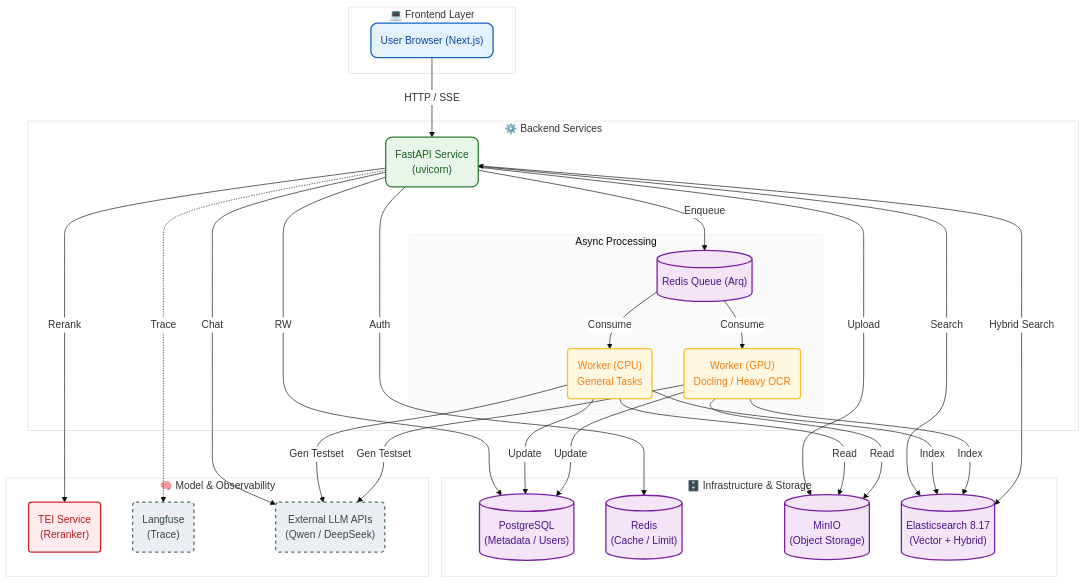
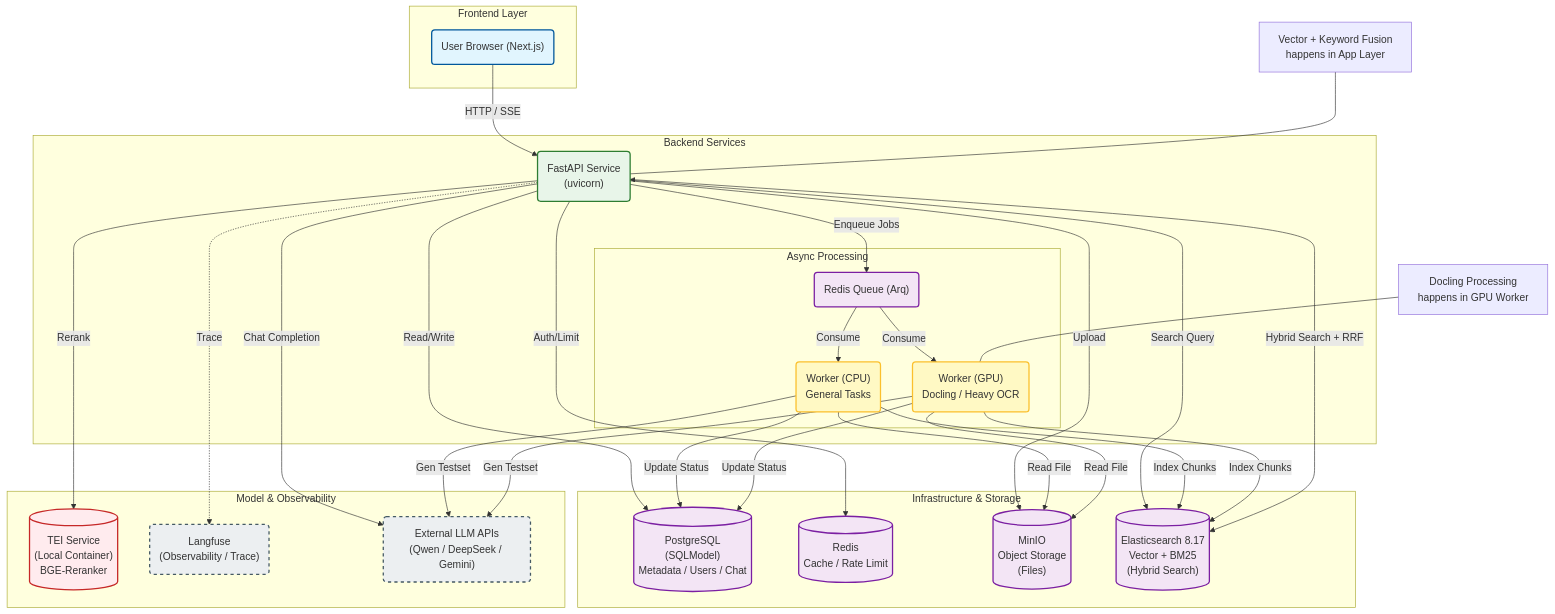
Before and after one commit to pswd123456/rag-practice: the first of 3 diagrams in README.md, drawn with Mermaid. The commit also changed other lines of this file and 10 other files, not shown here.

````diff
--- a/README.md
+++ b/README.md
@@ -110,68 +112,70 @@
 ```mermaid
-%%{init: {'theme': 'base', 'themeVariables': { 'primaryColor': '#ffcc00', 'edgeLabelBackground':'#ffffff', 'tertiaryColor': '#f4f4f4', 'fontFamily': 'Inter, sans-serif'}}}%%
-flowchart TD
-    %% 样式定义
-    classDef client fill:#E3F2FD,stroke:#1565C0,stroke-width:2px,color:#0D47A1,rx:10,ry:10;
-    classDef api fill:#E8F5E9,stroke:#2E7D32,stroke-width:2px,color:#1B5E20,rx:10,ry:10;
-    classDef worker fill:#FFF8E1,stroke:#FBC02D,stroke-width:2px,color:#F57F17,rx:5,ry:5;
-    classDef db fill:#F3E5F5,stroke:#7B1FA2,stroke-width:2px,color:#4A148C;
-    classDef model fill:#FFEBEE,stroke:#C62828,stroke-width:2px,color:#B71C1C,rx:5,ry:5;
-    classDef ext fill:#ECEFF1,stroke:#546E7A,stroke-width:2px,stroke-dasharray: 5 5,color:#37474F;
+graph TD
+    %% Define Styles
+    classDef client fill:#e1f5fe,stroke:#01579b,stroke-width:2px;
+    classDef api fill:#e8f5e9,stroke:#2e7d32,stroke-width:2px;
+    classDef worker fill:#fff9c4,stroke:#fbc02d,stroke-width:2px;
+    classDef data fill:#f3e5f5,stroke:#7b1fa2,stroke-width:2px;
+    classDef model fill:#ffebee,stroke:#c62828,stroke-width:2px;
+    classDef ext fill:#eceff1,stroke:#455a64,stroke-width:2px,stroke-dasharray: 5 5;
 
-    %% Client Layer
-    subgraph Client_Layer [💻 Frontend Layer]
-        style Client_Layer fill:#fff,stroke:#ddd,color:#333
-        Browser("User Browser (Next.js)"):::client
-    end
+    %% Client Layer
+    subgraph Client_Layer [Frontend Layer]
+        Browser("User Browser (Next.js)"):::client
+    end
 
-    %% Backend Layer
-    subgraph Backend_Layer [⚙️ Backend Services]
-        style Backend_Layer fill:#fff,stroke:#ddd,color:#333
-        API("FastAPI Service<br/>(uvicorn)"):::api
-        
-        subgraph Async_Task_Queue [Async Processing]
-            style Async_Task_Queue fill:#fafafa,stroke:#eee
-            RedisQueue[("Redis Queue (Arq)")]:::db
-            WorkerCPU("Worker (CPU)<br/>General Tasks"):::worker
-            WorkerGPU("Worker (GPU)<br/>Docling / Heavy OCR"):::worker
-        end
-    end
+    %% Backend Layer
+    subgraph Backend_Layer [Backend Services]
+        API("FastAPI Service<br/>(uvicorn)"):::api
+        
+        subgraph Async_Task_Queue [Async Processing]
+            RedisQueue("Redis Queue (Arq)"):::data
+            WorkerCPU("Worker (CPU)<br/>General Tasks"):::worker
+            WorkerGPU("Worker (GPU)<br/>Docling / Heavy OCR"):::worker
+        end
+    end
 
-    %% Data Layer
-    subgraph Data_Layer [🗄️ Infrastructure & Storage]
-        style Data_Layer fill:#fff,stroke:#ddd,color:#333
-        Postgres[("PostgreSQL<br/>(Metadata / Users)")]:::db
-        RedisCache[("Redis<br/>(Cache / Limit)")]:::db
-        MinIO[("MinIO<br/>(Object Storage)")]:::db
-        Elasticsearch[("Elasticsearch 8.17<br/>(Vector + Hybrid)")]:::db
-    end
+    %% Data Layer
+    subgraph Data_Layer [Infrastructure & Storage]
+        Postgres[("PostgreSQL<br/>(SQLModel)<br/>Metadata / Users / Chat")]:::data
+        RedisCache[("Redis<br/>Cache / Rate Limit")]:::data
+        MinIO[("MinIO<br/>Object Storage<br/>(Files)")]:::data
+        Elasticsearch[("Elasticsearch 8.17<br/>Vector + BM25<br/>(Hybrid Search)")]:::data
+    end
 
-    %% Model & Ops Layer
-    subgraph Model_Ops_Layer [🧠 Model & Observability]
-        style Model_Ops_Layer fill:#fff,stroke:#ddd,color:#333
-        TEI("TEI Service<br/>(Reranker)"):::model
-        Langfuse("Langfuse<br/>(Trace)"):::ext
-        ExternalLLM("External LLM APIs<br/>(Qwen / DeepSeek)"):::ext
-    end
+    %% Model & Ops Layer
+    subgraph Model_Ops_Layer [Model & Observability]
+        TEI[("TEI Service<br/>(Local Container)<br/>BGE-Reranker")]:::model
+        Langfuse("Langfuse<br/>(Observability / Trace)"):::ext
+        ExternalLLM("External LLM APIs<br/>(Qwen / DeepSeek / Gemini)"):::ext
+    end
 
-    %% 连线关系
-    Browser -->|HTTP / SSE| API
-    
-    API -->|RW| Postgres
-    API -->|Auth| RedisCache
-    API -->|Upload| MinIO
-    API -->|Enqueue| RedisQueue
-    API -->|Search| Elasticsearch
-    API -->|Rerank| TEI
-    API -->|Chat| ExternalLLM
-    API -.->|Trace| Langfuse
+    %% Relationships - User Flow
+    Browser -->|HTTP / SSE| API
+    
+    %% Relationships - API Logic
+    API -->|Read/Write| Postgres
+    API -->|Auth/Limit| RedisCache
+    API -->|Upload| MinIO
+    API -->|Enqueue Jobs| RedisQueue
+    API -->|Search Query| Elasticsearch
+    API -->|Rerank| TEI
+    API -->|Chat Completion| ExternalLLM
+    API -.->|Trace| Langfuse
 
-    RedisQueue -->|Consume| WorkerCPU & WorkerGPU
-    
-    WorkerCPU & WorkerGPU -->|Read| MinIO
-    WorkerCPU & WorkerGPU -->|Update| Postgres
-    WorkerCPU & WorkerGPU -->|Index| Elasticsearch
-    WorkerCPU & WorkerGPU -->|Gen Testset| ExternalLLM
-    
-    Elasticsearch <-->|Hybrid Search| API
+    %% Relationships - Worker Logic
+    RedisQueue -->|Consume| WorkerCPU
+    RedisQueue -->|Consume| WorkerGPU
+    
+    WorkerCPU & WorkerGPU -->|Read File| MinIO
+    WorkerCPU & WorkerGPU -->|Update Status| Postgres
+    WorkerCPU & WorkerGPU -->|Index Chunks| Elasticsearch
+    WorkerCPU & WorkerGPU -->|Gen Testset| ExternalLLM
+    
+    %% Specific Flows
+    Elasticsearch <-->|Hybrid Search + RRF| API
+    
+    %% Legend / Notes
+    note1[Docling Processing<br/>happens in GPU Worker] --- WorkerGPU
+    note2[Vector + Keyword Fusion<br/>happens in App Layer] --- API
 ```
````
